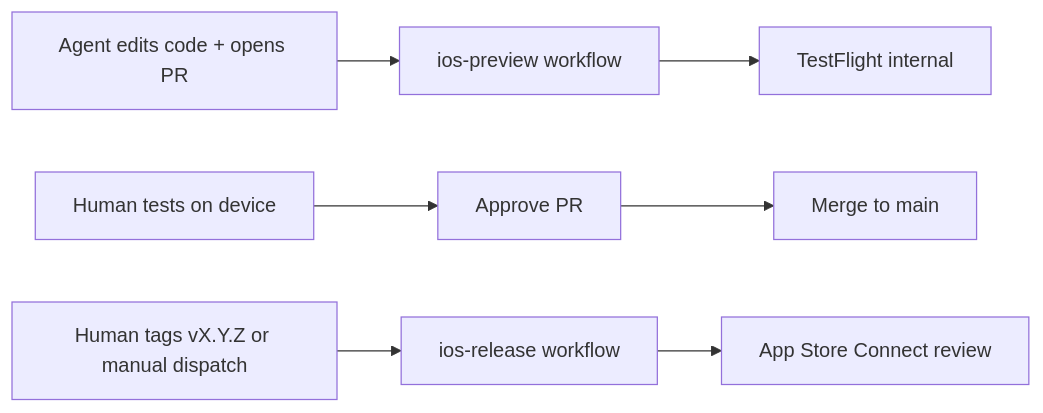
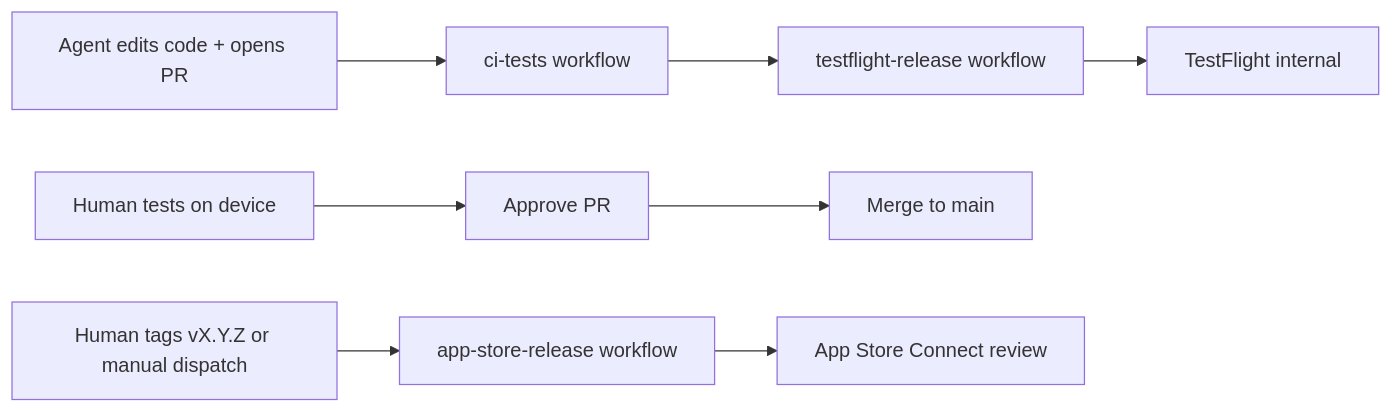
Before and after one commit to chriskelly/MusicWall: the diagram in Agent.md, drawn with Mermaid. The commit also changed other lines of this file and 11 other files, not shown here.

````diff
--- a/Agent.md
+++ b/Agent.md
@@ -7,9 +7,10 @@
 ```mermaid
 flowchart LR
-  Agent[Agent edits code + opens PR] --> Preview[ios-preview workflow]
+  Agent[Agent edits code + opens PR] --> CiTests[ci-tests workflow]
+  CiTests --> Preview[testflight-release workflow]
   Preview --> TF[TestFlight internal]
   Human[Human tests on device] --> Approve[Approve PR]
   Approve --> Main[Merge to main]
-  Tag[Human tags vX.Y.Z or manual dispatch] --> Release[ios-release workflow]
+  Tag[Human tags vX.Y.Z or manual dispatch] --> Release[app-store-release workflow]
   Release --> ASC[App Store Connect review]
 ```
````
